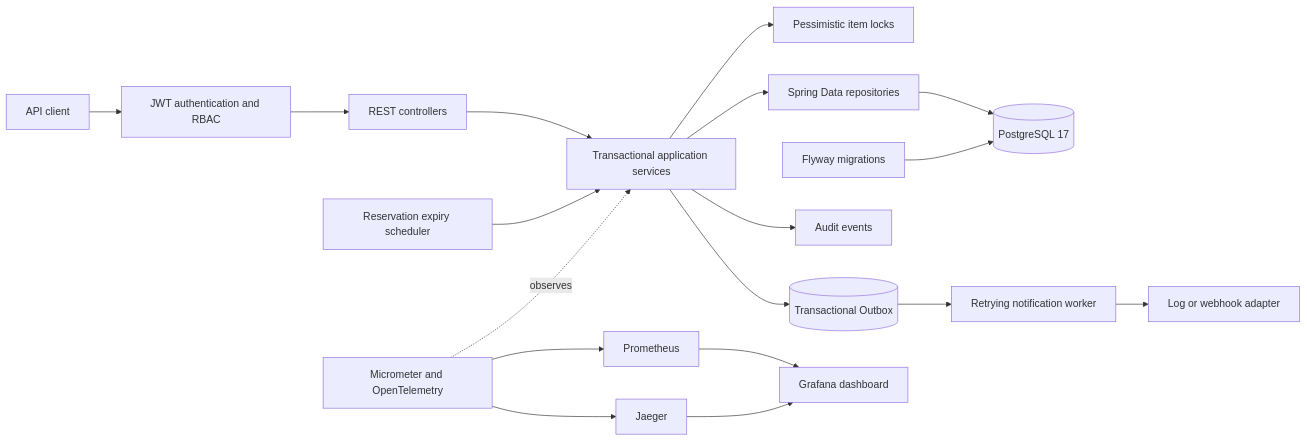
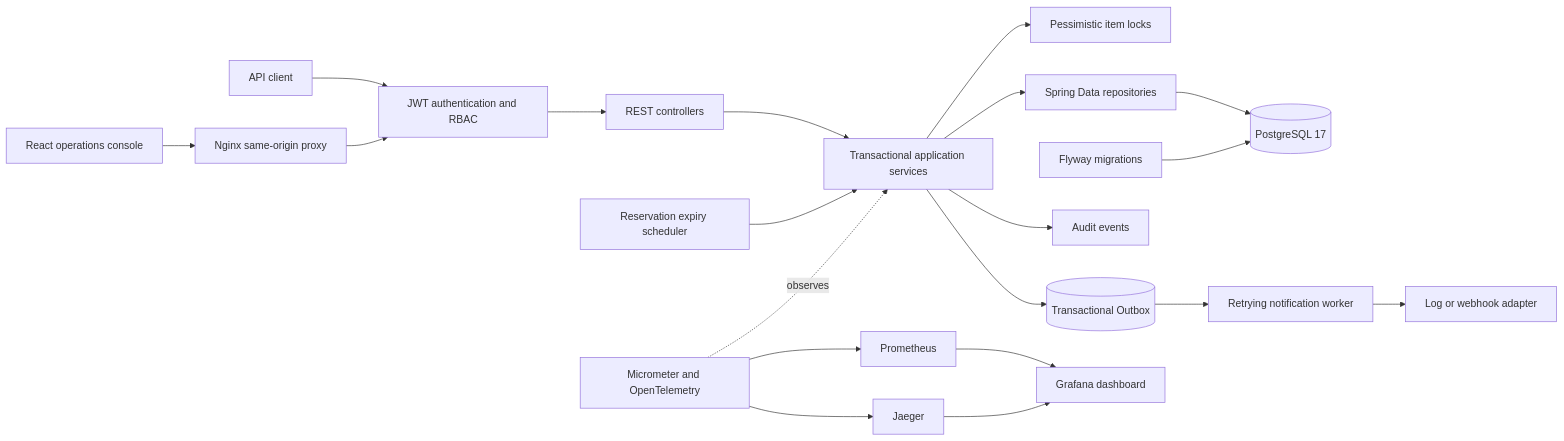
One commit to ricardoportoIE/resource-lending-api changed the first of 2 diagrams in readme.md. Above: the diagram before and after it, drawn with Mermaid. The commit also changed other lines of this file and 30 other files, not shown here.

Commit message:
feat: add operational React console

````diff
--- a/readme.md
+++ b/readme.md
@@ -36,20 +37,22 @@
 ```mermaid
 flowchart LR
+    Browser[React operations console] --> Proxy[Nginx same-origin proxy]
     Client[API client] --> Security[JWT authentication and RBAC]
+    Proxy --> Security
     Security --> Controllers[REST controllers]
     Controllers --> Services[Transactional application services]
     Services --> Locks[Pessimistic item locks]
     Services --> Repositories[Spring Data repositories]
     Repositories --> DB[(PostgreSQL 17)]
     Flyway[Flyway migrations] --> DB
     Services --> Audit[Audit events]
     Services --> Outbox[(Transactional Outbox)]
     Outbox --> Worker[Retrying notification worker]
     Worker --> External[Log or webhook adapter]
     Scheduler[Reservation expiry scheduler] --> Services
     Observability[Micrometer and OpenTelemetry] -. observes .-> Services
     Observability --> Prometheus[Prometheus]
     Observability --> Jaeger[Jaeger]
     Prometheus --> Grafana[Grafana dashboard]
     Jaeger --> Grafana
 ```
````
